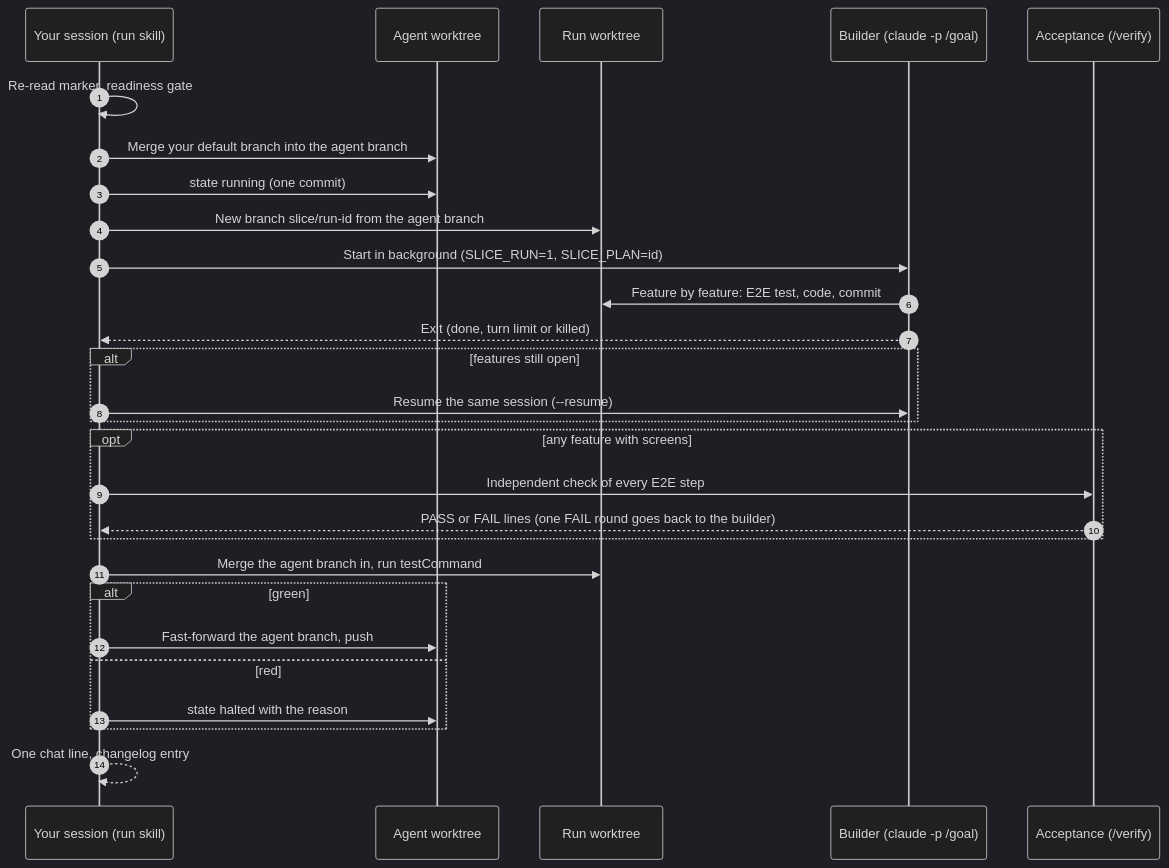
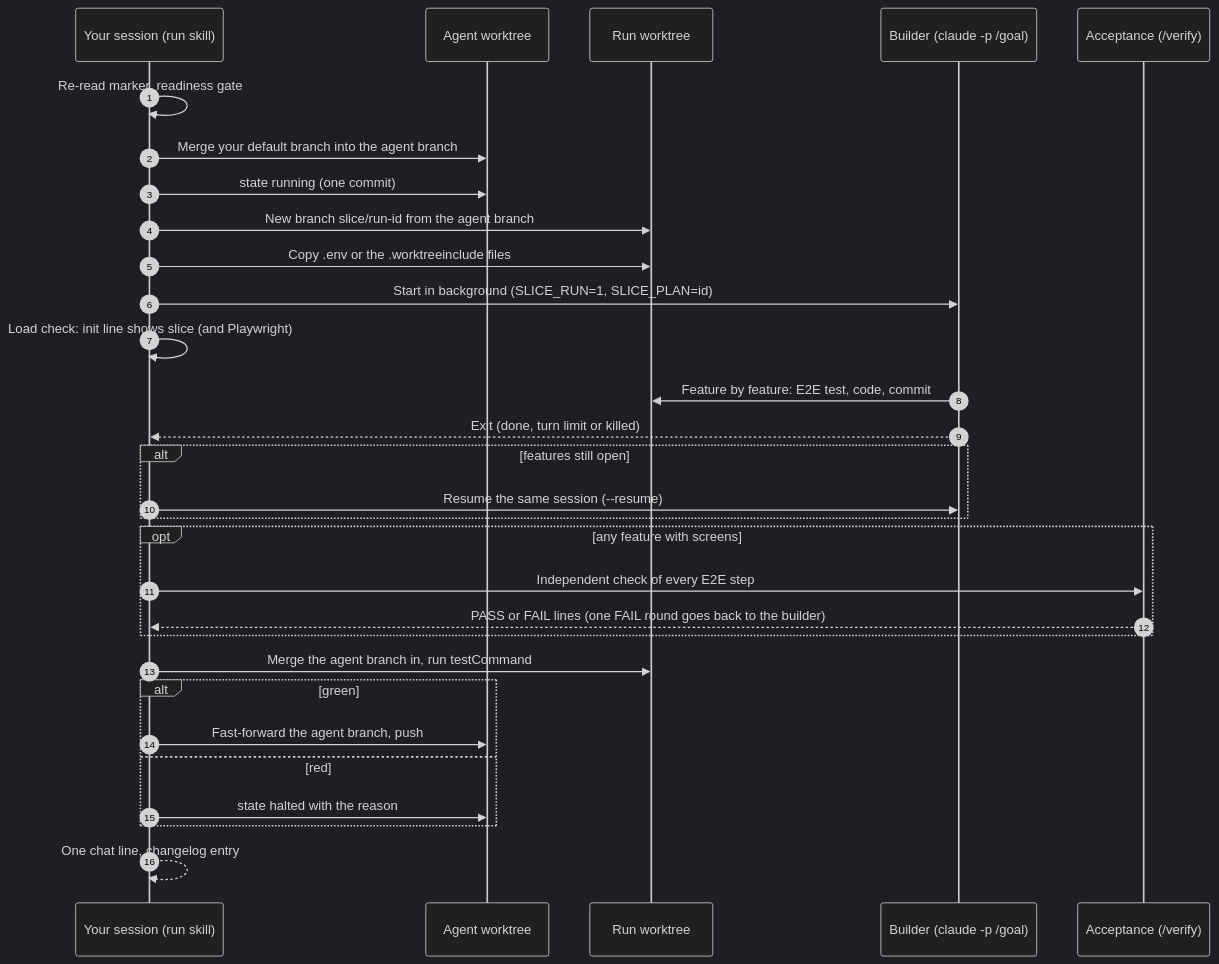
One commit to ahlerjam/cflow changed the fourth of 7 diagrams in plugins/slice/README.md. Above: the diagram before and after it, drawn with Mermaid (dark theme). The commit also changed other lines of this file and 10 other files, not shown here.

Commit message:
slice 0.12.0: fixes from a source review (verify skill off in runs, gitignored files copied to the run worktree, plugin load check, review target and level, smoke test on start, background servers, cloud time limits, no native dialogs, no extra docs); cloud sessions start in auto mode

````diff
--- a/plugins/slice/README.md
+++ b/plugins/slice/README.md
@@ -159,30 +159,32 @@
 ```mermaid
 sequenceDiagram
     autonumber
     participant S as Your session (run skill)
     participant A as Agent worktree
     participant R as Run worktree
     participant B as Builder (claude -p /goal)
     participant V as Acceptance (/verify)
     S->>S: Re-read marker, readiness gate
     S->>A: Merge your default branch into the agent branch
     S->>A: state running (one commit)
     S->>R: New branch slice/run-id from the agent branch
+    S->>R: Copy .env or the .worktreeinclude files
     S->>B: Start in background (SLICE_RUN=1, SLICE_PLAN=id)
+    S->>S: Load check: init line shows slice (and Playwright)
     B->>R: Feature by feature: E2E test, code, commit
     B-->>S: Exit (done, turn limit or killed)
     alt features still open
         S->>B: Resume the same session (--resume)
     end
     opt any feature with screens
         S->>V: Independent check of every E2E step
         V-->>S: PASS or FAIL lines (one FAIL round goes back to the builder)
     end
     S->>R: Merge the agent branch in, run testCommand
     alt green
         S->>A: Fast-forward the agent branch, push
     else red
         S->>A: state halted with the reason
     end
     S-->>S: One chat line, changelog entry
 ```
````
